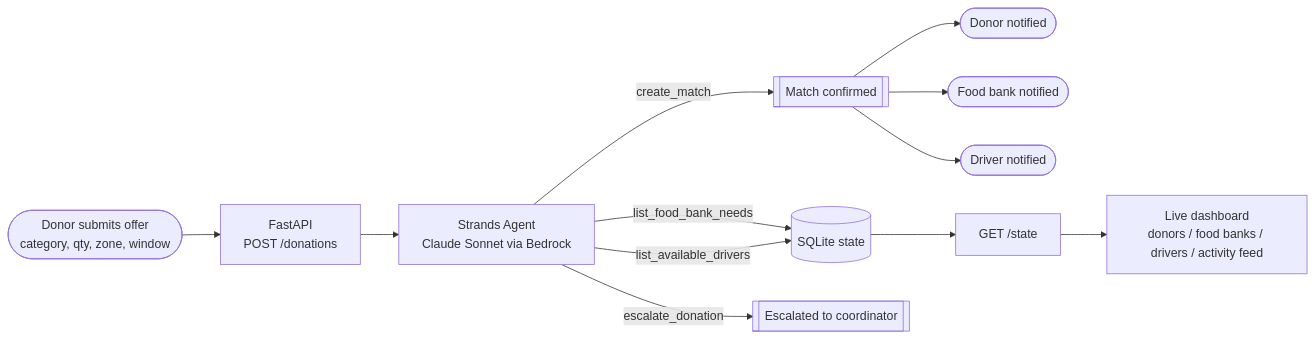
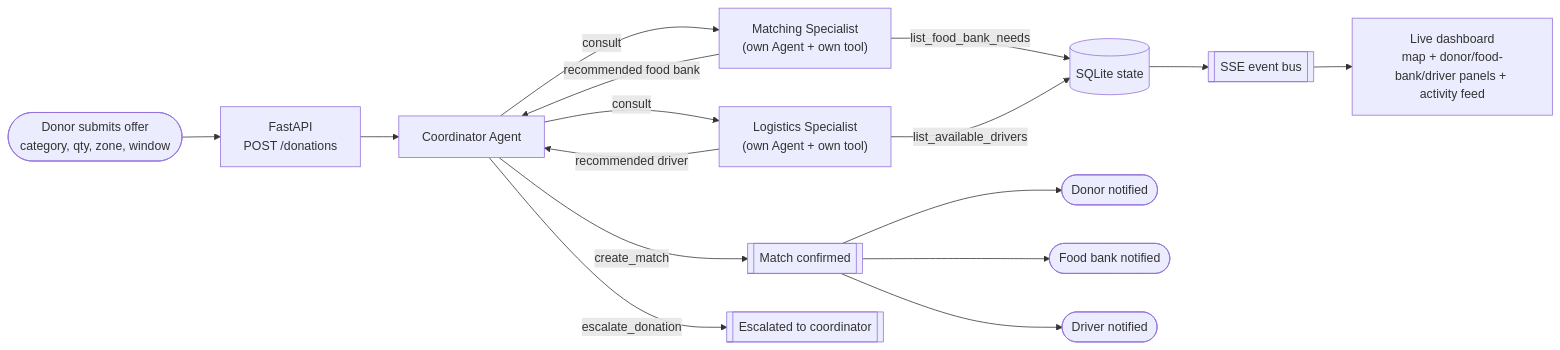
The first of 2 diagrams in docs/architecture.md (Thrinayani39e/food-rescue-router), drawn with Mermaid before and after one commit. The commit also changed other lines of this file and 14 other files, not shown here.

First line of the commit message:
Multi-agent architecture, real-time updates, and a live map

````diff
--- a/docs/architecture.md
+++ b/docs/architecture.md
@@ -25,18 +31,23 @@
 ```mermaid
 flowchart LR
     Donor([Donor submits offer\ncategory, qty, zone, window]) --> API["FastAPI\nPOST /donations"]
-    API --> Agent["Strands Agent\nClaude Sonnet via Bedrock"]
+    API --> Coord["Coordinator Agent"]
 
-    Agent -->|list_food_bank_needs| State[(SQLite state)]
-    Agent -->|list_available_drivers| State
+    Coord -->|consult| Match["Matching Specialist\n(own Agent + own tool)"]
+    Match -->|list_food_bank_needs| State[(SQLite state)]
+    Match -->|recommended food bank| Coord
 
-    Agent -->|create_match| Match[["Match confirmed"]]
-    Agent -->|escalate_donation| Escalate[["Escalated to coordinator"]]
+    Coord -->|consult| Log["Logistics Specialist\n(own Agent + own tool)"]
+    Log -->|list_available_drivers| State
+    Log -->|recommended driver| Coord
 
-    Match --> N1([Donor notified])
-    Match --> N2([Food bank notified])
-    Match --> N3([Driver notified])
+    Coord -->|create_match| Confirmed[["Match confirmed"]]
+    Coord -->|escalate_donation| Escalate[["Escalated to coordinator"]]
 
-    State --> Poll["GET /state"]
-    Poll --> Dash["Live dashboard\ndonors / food banks / drivers / activity feed"]
+    Confirmed --> N1([Donor notified])
+    Confirmed --> N2([Food bank notified])
+    Confirmed --> N3([Driver notified])
+
+    State --> Bus[["SSE event bus"]]
+    Bus --> Dash["Live dashboard\nmap + donor/food-bank/driver panels + activity feed"]
 ```
````
